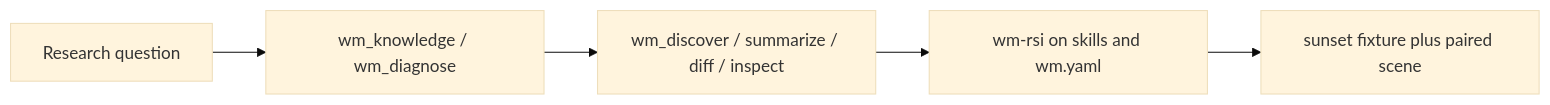
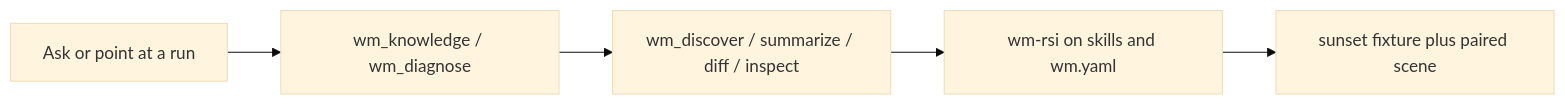
Before and after one commit to WayneJin0918/dsh-wm: the diagram in README.md, drawn with Mermaid (base theme). The commit also changed other lines of this file and 15 other files, not shown here.

````diff
--- a/README.md
+++ b/README.md
@@ -204,7 +242,7 @@
 ```mermaid
 flowchart LR
-  ask[Research question] --> know[wm_knowledge / wm_diagnose]
+  play[Ask or point at a run] --> know[wm_knowledge / wm_diagnose]
   know --> measure[wm_discover / summarize / diff / inspect]
   measure --> rsi[wm-rsi on skills and wm.yaml]
   rsi --> gate[sunset fixture plus paired scene]
 ```
````
